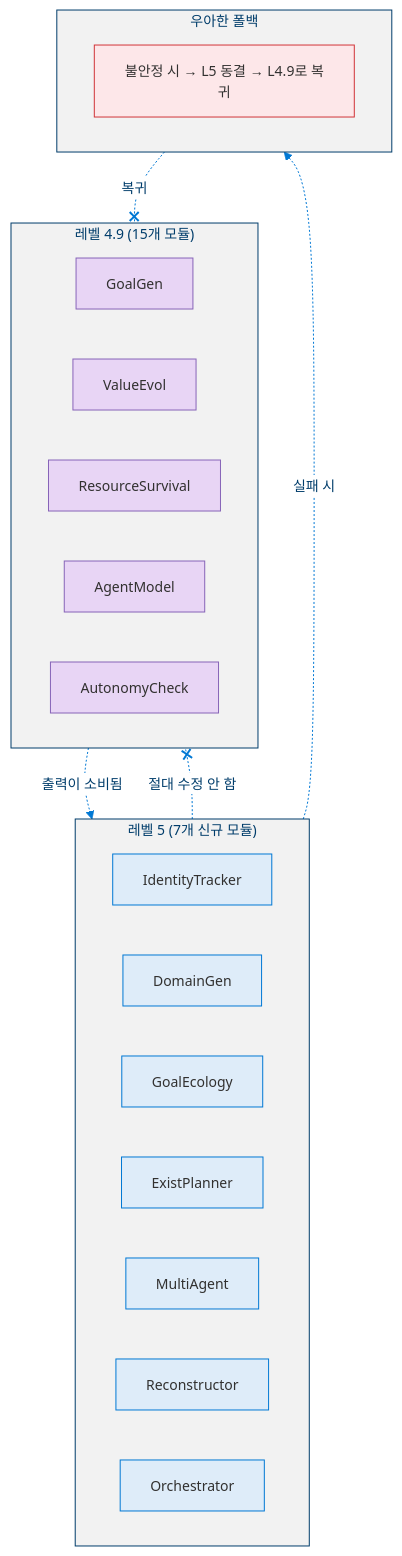
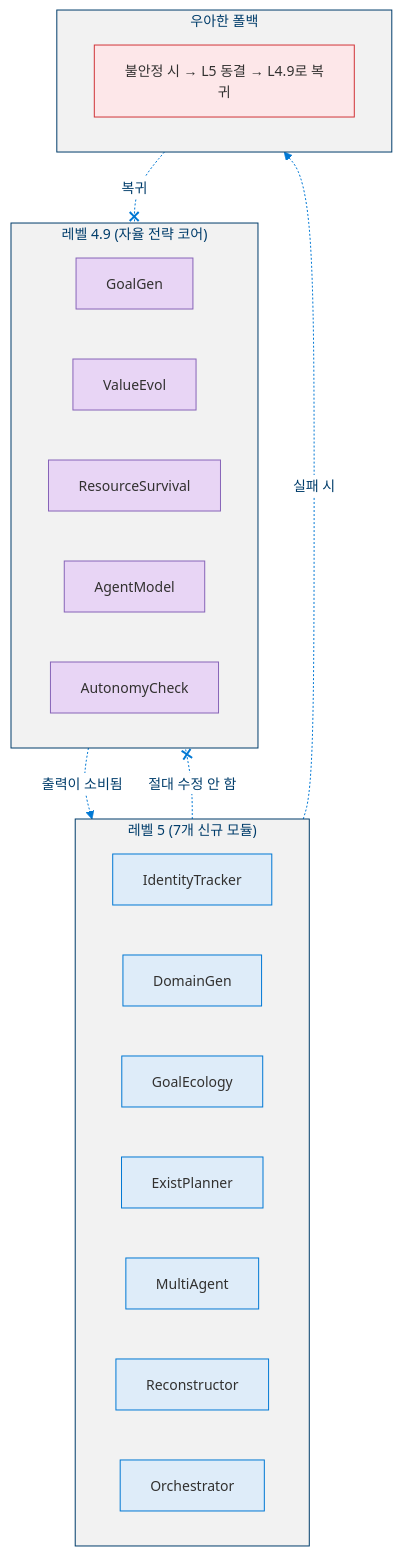
One commit to dotnetpower/mscp changed the second of 16 diagrams in docs/levels/Level_5_Proto_AGI.ko.md. Above: the diagram before and after it, drawn with Mermaid. The commit also changed other lines of this file and 16 other files, not shown here.

````diff
--- a/docs/levels/Level_5_Proto_AGI.ko.md
+++ b/docs/levels/Level_5_Proto_AGI.ko.md
@@ -87,37 +88,37 @@
 ```mermaid
 %%{init: {'theme': 'base', 'themeVariables': {'primaryColor': '#0078D4', 'primaryTextColor': '#003D6B', 'primaryBorderColor': '#003D6B', 'secondaryColor': '#50E6FF', 'secondaryTextColor': '#323130', 'secondaryBorderColor': '#00BCF2', 'tertiaryColor': '#F2F2F2', 'tertiaryTextColor': '#323130', 'lineColor': '#0078D4', 'textColor': '#323130', 'mainBkg': '#DEECF9', 'nodeBorder': '#0078D4', 'clusterBkg': '#F2F2F2', 'clusterBorder': '#003D6B', 'titleColor': '#003D6B', 'edgeLabelBackground': '#FFFFFF', 'fontSize': '14px'}}}%%
 flowchart TB
   classDef l49 fill:#E8D5F5,stroke:#8764B8,color:#323130
   classDef l5 fill:#DEECF9,stroke:#0078D4,color:#323130
   classDef danger fill:#FDE7E9,stroke:#D13438,color:#323130
 
-  subgraph L49M["레벨 4.9 (15개 모듈)"]
+  subgraph L49M["레벨 4.9 (자율 전략 코어)"]
     direction LR
     GGL["GoalGen"]:::l49
     VEM["ValueEvol"]:::l49
     RSM["ResourceSurvival"]:::l49
     MAM["AgentModel"]:::l49
     ASC["AutonomyCheck"]:::l49
   end
 
   subgraph L5M["레벨 5 (7개 신규 모듈)"]
     direction LR
     ICT["IdentityTracker"]:::l5
     CDG["DomainGen"]:::l5
     GE["GoalEcology"]:::l5
     EP["ExistPlanner"]:::l5
     SMA["MultiAgent"]:::l5
     SR["Reconstructor"]:::l5
     L5O["Orchestrator"]:::l5
   end
 
   subgraph Fallback["우아한 폴백"]
     direction LR
     FB2["불안정 시 → L5 동결 → L4.9로 복귀"]:::danger
   end
 
   L49M -.->|"출력이 소비됨"| L5M
   L5M -.-x|"절대 수정 안 함"| L49M
   L5M -.->|"실패 시"| Fallback
   Fallback -.-x|"복귀"| L49M
 ```
````
